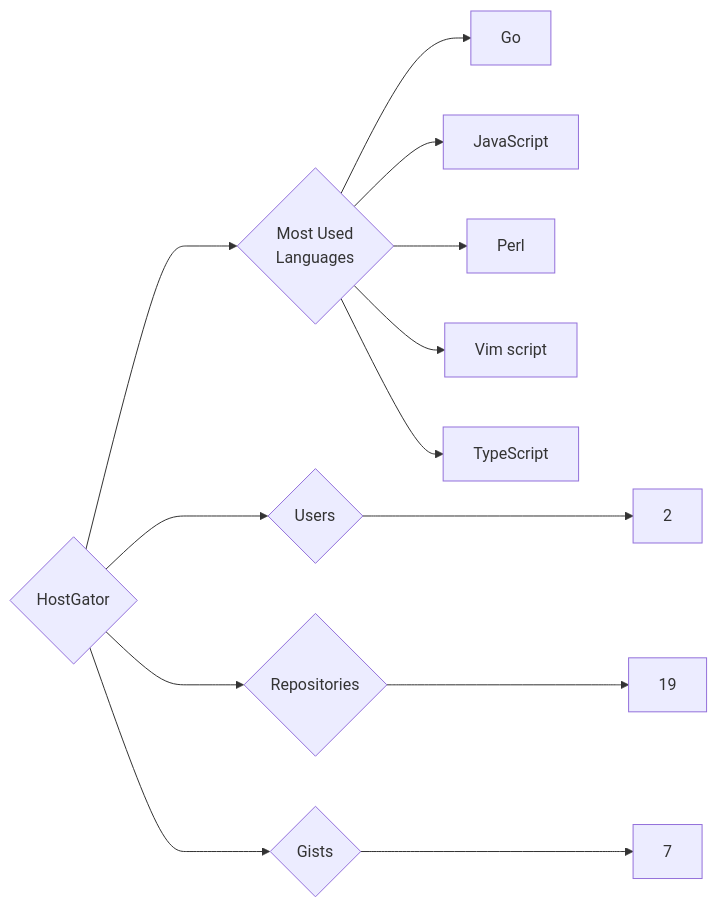
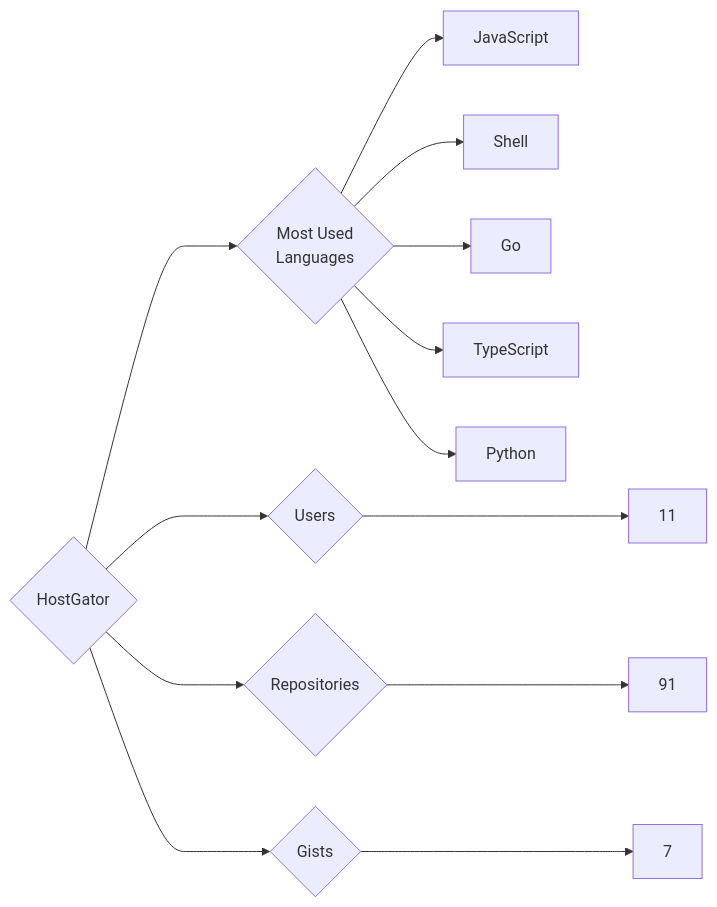
One commit to trickest/insiders changed the diagram in targets/HostGator/README.md. Above: the diagram before and after it, drawn with Mermaid. The commit also changed 847 other files, not shown here.

````diff
--- a/targets/HostGator/README.md
+++ b/targets/HostGator/README.md
@@ -3,13 +3,13 @@
 ```mermaid
 graph LR
 COMPANY_NAME{HostGator}
-COMPANY_NAME ---> U{Users} ---> UN[2]
-COMPANY_NAME ---> R{Repositories} ---> RN[19]
+COMPANY_NAME ---> U{Users} ---> UN[11]
+COMPANY_NAME ---> R{Repositories} ---> RN[91]
 COMPANY_NAME ---> G{Gists} ---> GN[7]
 COMPANY_NAME ---> ML{Most Used<br>Languages}
+ML --> JavaScript[JavaScript]
+ML --> Shell[Shell]
 ML --> Go[Go]
-ML --> JavaScript[JavaScript]
-ML --> Perl[Perl]
-ML --> Vim_script[Vim script]
 ML --> TypeScript[TypeScript]
+ML --> Python[Python]
 ```
````
